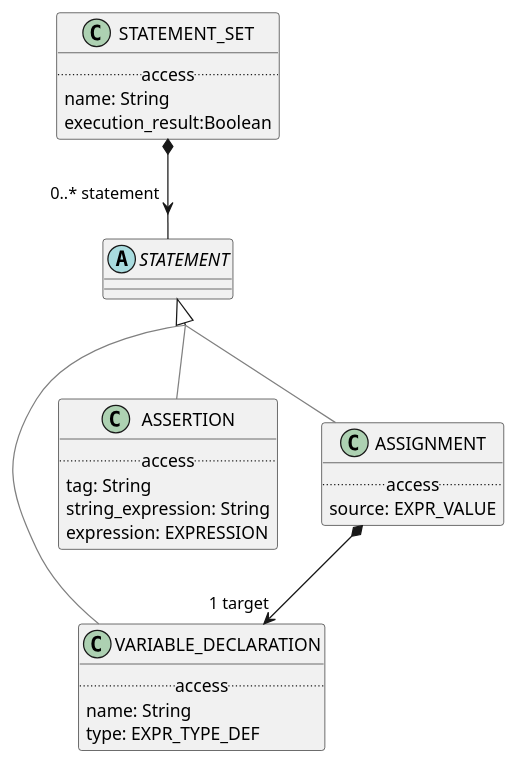
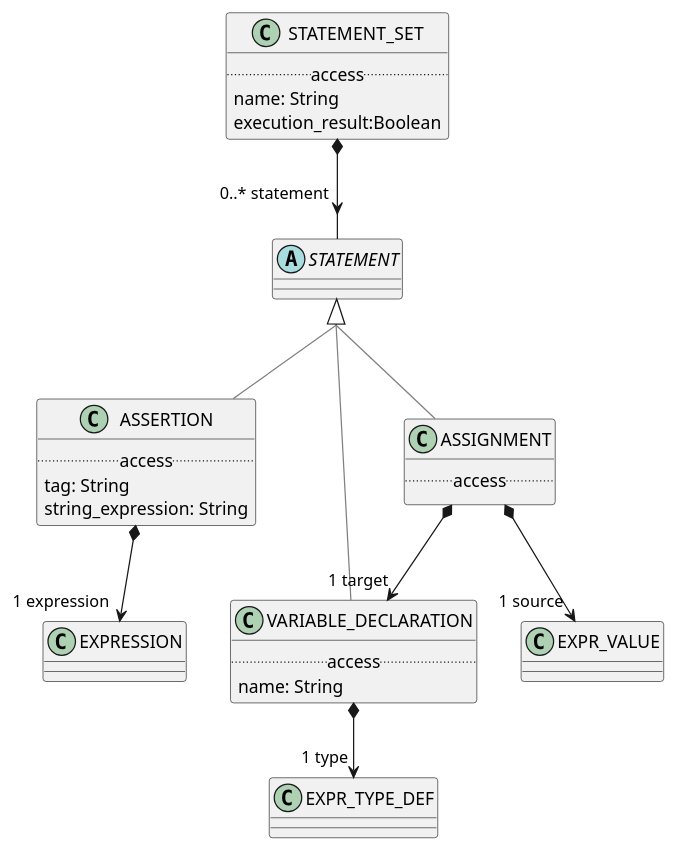
Before and after one commit to wolandscat/openehr-doc: the diagram in modules/ROOT/examples/bmm/languages/bel/statement/statement-package-uml.adoc, drawn with PlantUML. The commit also changed 30 other files, not shown here.

```diff
--- a/modules/ROOT/examples/bmm/languages/bel/statement/statement-package-uml.adoc
+++ b/modules/ROOT/examples/bmm/languages/bel/statement/statement-package-uml.adoc
@@ -3,49 +3,52 @@
 [plantuml,opts=interactive,link=self]
 ....
 skinparam groupInheritance 2
 skinparam citedClassColor #FDFDFD
 
 
 class VARIABLE_DECLARATION [[/openehr-doc/latest/languages/bel-gen.html#_class_variable_declaration]] {
         .. access ..
         name: String
-        type: EXPR_TYPE_DEF
 }
 
 VARIABLE_DECLARATION -[#gray]up-|> STATEMENT  
 
+
+VARIABLE_DECLARATION *--> "1 type" EXPR_TYPE_DEF
 
 class STATEMENT_SET [[/openehr-doc/latest/languages/bel-gen.html#_class_statement_set]] {
         .. access ..
         name: String
         execution_result:Boolean
 }
 
 
 STATEMENT_SET *--> "0..* statement" STATEMENT
 
 class ASSERTION [[/openehr-doc/latest/languages/bel-gen.html#_class_assertion]] {
         .. access ..
         tag: String
         string_expression: String
-        expression: EXPRESSION
 }
 
 ASSERTION -[#gray]up-|> STATEMENT  
 
+
+ASSERTION *--> "1 expression" EXPRESSION
 
 abstract class STATEMENT [[/openehr-doc/latest/languages/bel-gen.html#_class_statement]] {
 }
 
 
 class ASSIGNMENT [[/openehr-doc/latest/languages/bel-gen.html#_class_assignment]] {
         .. access ..
-        source: EXPR_VALUE
 }
 
 ASSIGNMENT -[#gray]up-|> STATEMENT  
 
 
 ASSIGNMENT *--> "1 target" VARIABLE_DECLARATION
 
+ASSIGNMENT *--> "1 source" EXPR_VALUE
+
 ....
```
